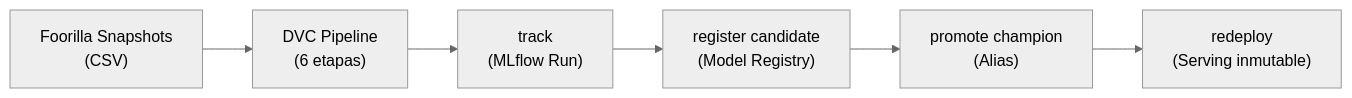
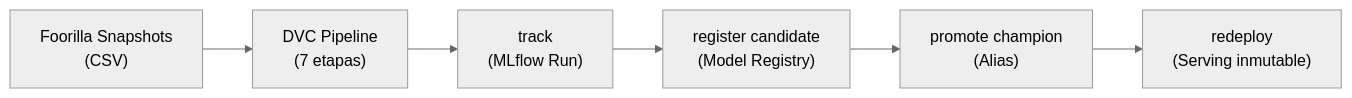
Before and after one commit to PDS-Microproyecto-Grupo-13/Microproyecto: the second of 2 diagrams in README.md, drawn with Mermaid (neutral theme). The commit also changed other lines of this file and 11 other files, not shown here.

````diff
--- a/README.md
+++ b/README.md
@@ -35,8 +36,8 @@
 ```mermaid
 flowchart LR
-    DATA["Foorilla Snapshots<br/>(CSV)"] --> DVC["DVC Pipeline<br/>(6 etapas)"]
+    DATA["Foorilla Snapshots<br/>(CSV)"] --> DVC["DVC Pipeline<br/>(7 etapas)"]
     DVC --> TR["track<br/>(MLflow Run)"]
     TR --> RC["register candidate<br/>(Model Registry)"]
     RC --> PR["promote champion<br/>(Alias)"]
     PR --> DP["redeploy<br/>(Serving inmutable)"]
 ```
````
